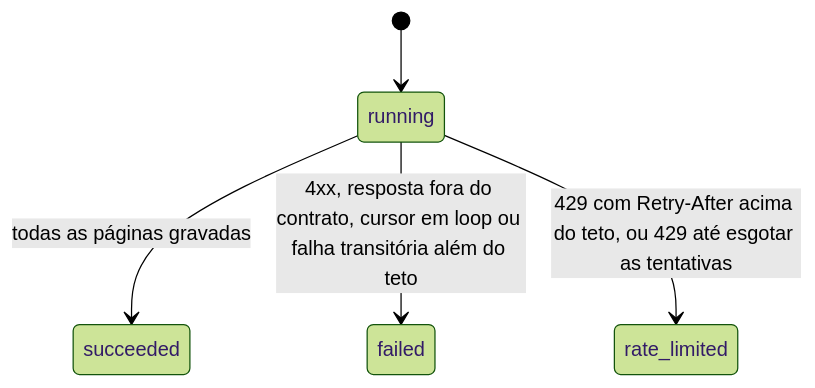
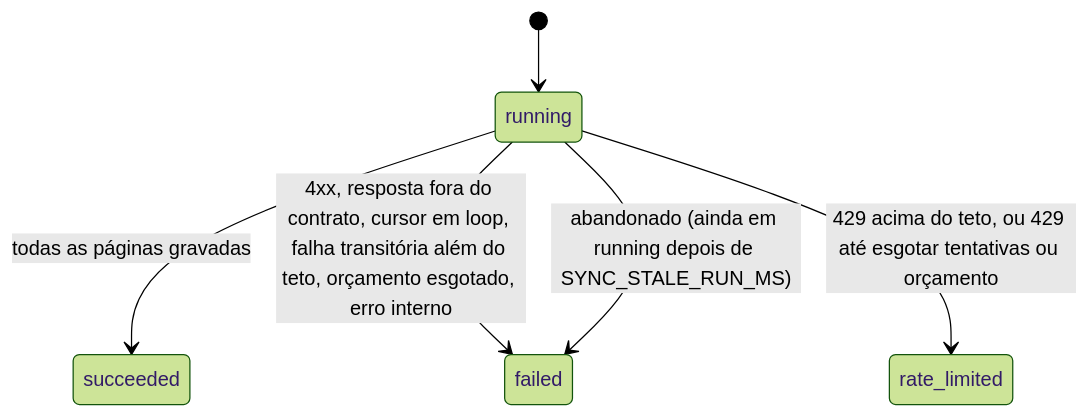
The diagram in README.md (pPeterle/conty-challenge-metricas-redes), drawn with Mermaid (forest theme) before and after one commit. The commit also changed other lines of this file and 1 other file, not shown here.

Commit message:
README enxuto com validação, orçamentos e carga atual; exemplos completos em docs/

````diff
--- a/README.md
+++ b/README.md
@@ -70,7 +75,8 @@
 ```mermaid
 stateDiagram-v2
   [*] --> running
   running --> succeeded: todas as páginas gravadas
-  running --> failed: 4xx, resposta fora do contrato, cursor em loop ou falha transitória além do teto
-  running --> rate_limited: 429 com Retry-After acima do teto, ou 429 até esgotar as tentativas
+  running --> failed: 4xx, resposta fora do contrato, cursor em loop, falha transitória além do teto, orçamento esgotado, erro interno
+  running --> rate_limited: 429 acima do teto, ou 429 até esgotar tentativas ou orçamento
+  running --> failed: abandonado (ainda em running depois de SYNC_STALE_RUN_MS)
 ```
````
